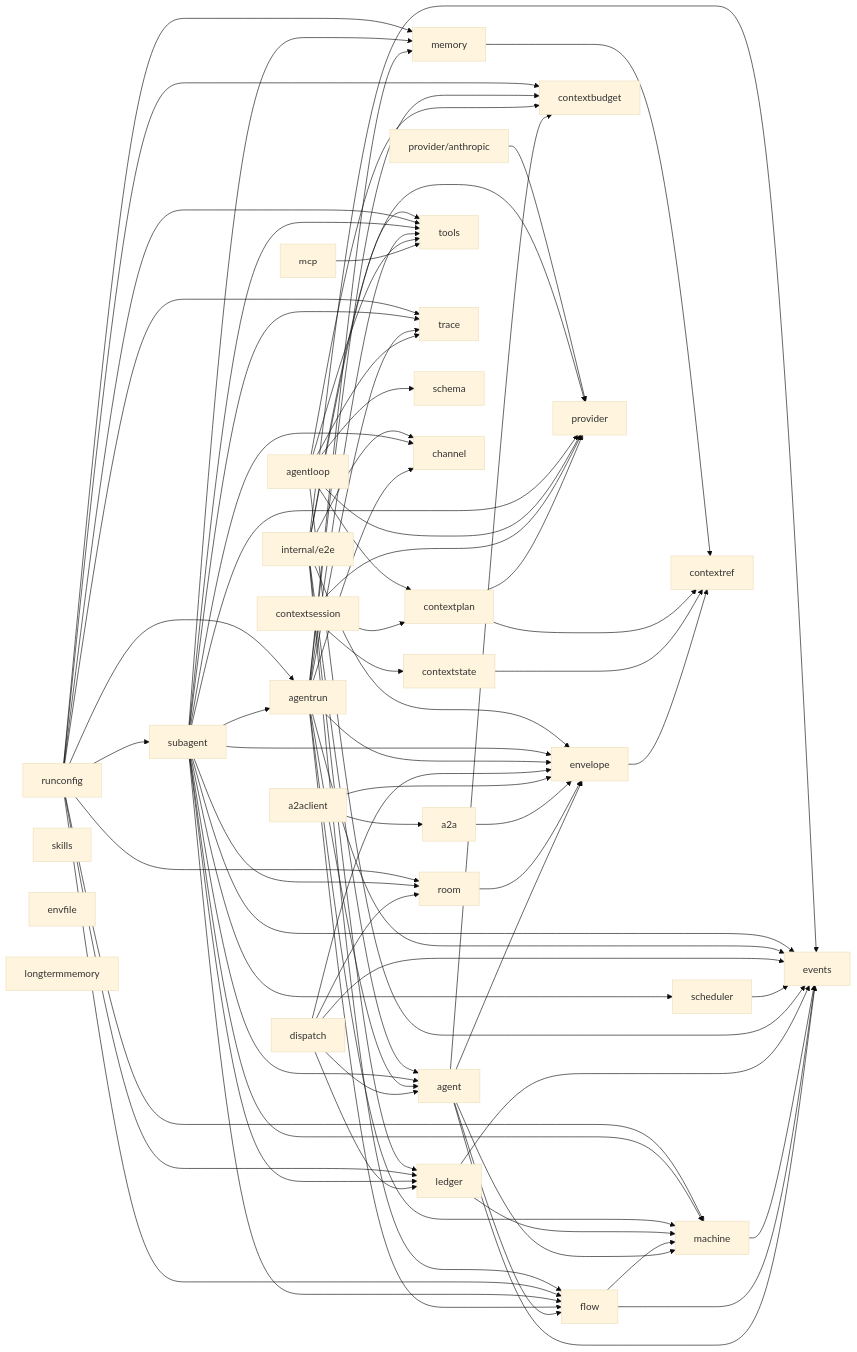
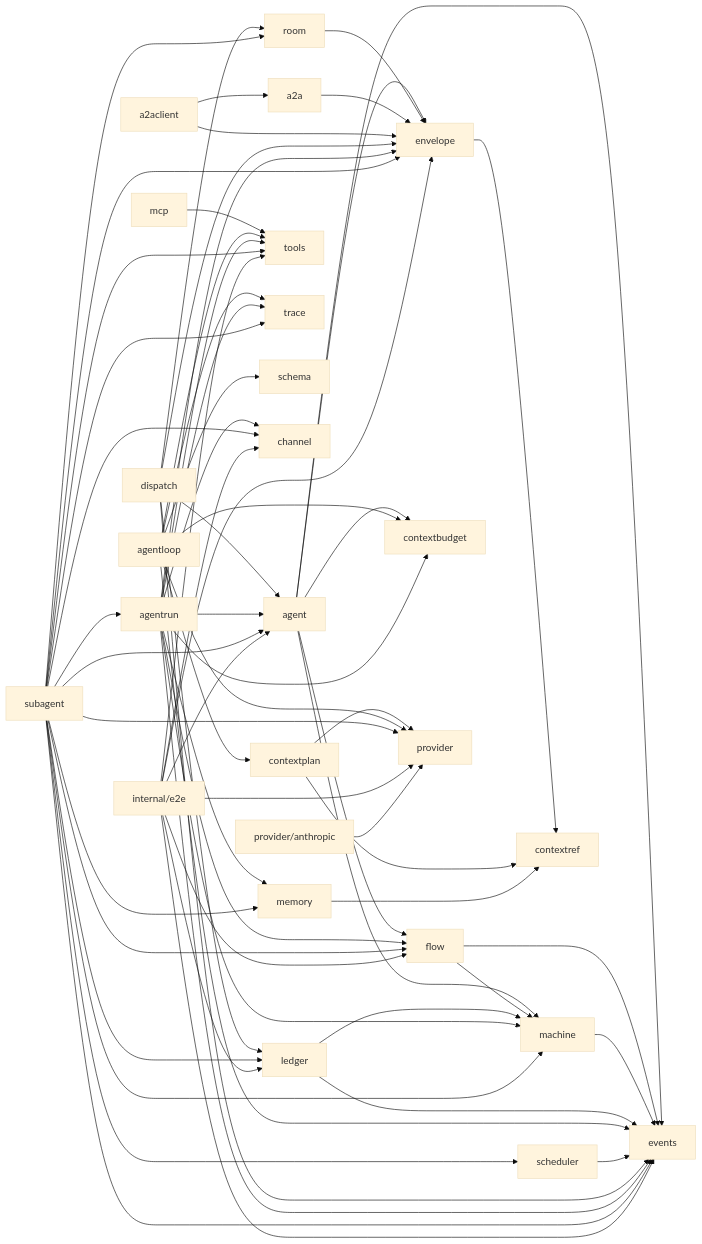
Before and after one commit to MiviaLabs/mivia-ai-sdk: the first of 2 diagrams in docs/architecture.md, drawn with Mermaid (base theme). The commit also changed other lines of this file and 138 other files, not shown here.

````diff
--- a/docs/architecture.md
+++ b/docs/architecture.md
@@ -42,12 +41,8 @@
     agent --> machine
     agent --> contextbudget
     envelope --> contextref
-    contextstate --> contextref
     contextplan --> contextref
     contextplan --> provider
-    contextsession --> contextplan
-    contextsession --> contextstate
-    contextsession --> provider
     flow --> events
     flow --> machine
     machine --> events
@@ -96,16 +91,6 @@
     subagent --> scheduler
     subagent --> tools
     subagent --> trace
-    runconfig --> agentrun
-    runconfig --> contextbudget
-    runconfig --> flow
-    runconfig --> ledger
-    runconfig --> machine
-    runconfig --> memory
-    runconfig --> room
-    runconfig --> subagent
-    runconfig --> tools
-    runconfig --> trace
     internal_e2e["internal/e2e"] --> agent
     internal_e2e["internal/e2e"] --> channel
     internal_e2e["internal/e2e"] --> envelope
@@ -120,9 +105,6 @@
     envelope[envelope]
     events[events]
     provider[provider]
-    skills[skills]
     tools[tools]
-    envfile[envfile]
-    longtermmemory[longtermmemory]
     contextref[contextref]
 ```
````
